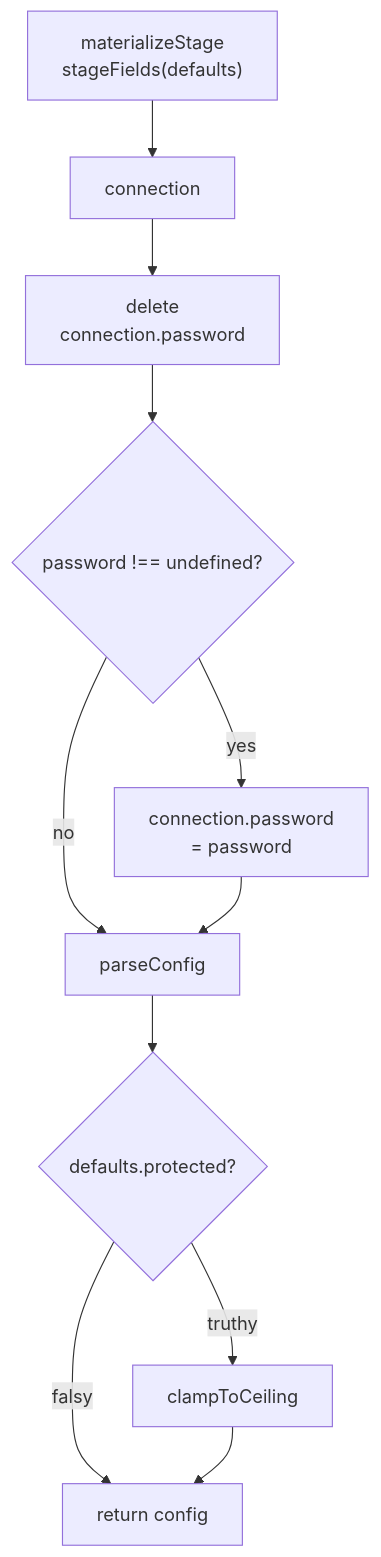
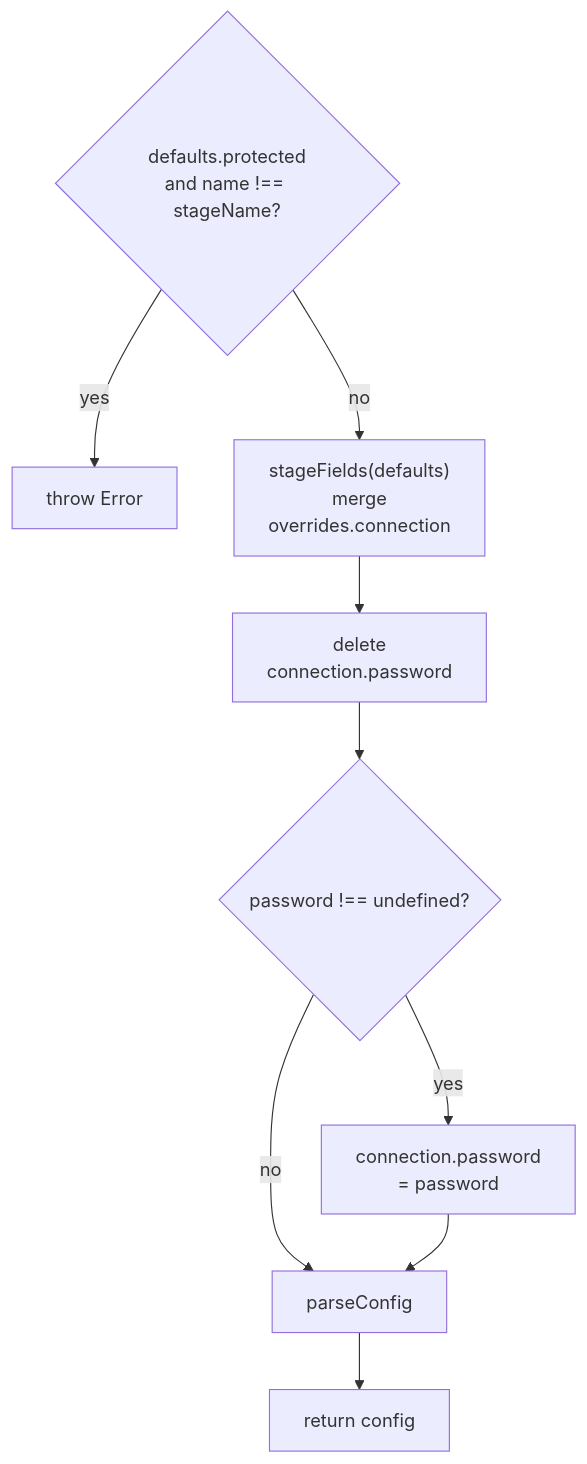
The second of 6 diagrams in docs/wiki/core-state.md (noormdev/noorm), drawn with Mermaid before and after one commit. The commit also changed other lines of this file and 349 other files, not shown here.

````diff
--- a/docs/wiki/core-state.md
+++ b/docs/wiki/core-state.md
@@ -75,14 +79,12 @@
 ```mermaid
 flowchart TD
-    %% source: src/core/config/stage.ts, src/cli/config/create.ts, src/tui/app-context.tsx
-    A["materializeStage<br/>stageFields(defaults)"] --> B["connection"]
+    %% source: src/core/config/stage.ts
+    A{"defaults.protected<br/>and name !== stageName?"} -->|yes| X["throw Error"]
+    A -->|no| B["stageFields(defaults)<br/>merge<br/>overrides.connection"]
     B --> C["delete<br/>connection.password"]
     C --> D{"password !== undefined?"}
     D -->|yes| E["connection.password<br/>= password"]
     D -->|no| F["parseConfig"]
     E --> F
-    F --> G{"defaults.protected?"}
-    G -->|truthy| H["clampToCeiling"]
-    G -->|falsy| I["return config"]
-    H --> I
+    F --> I["return config"]
 ```
````
